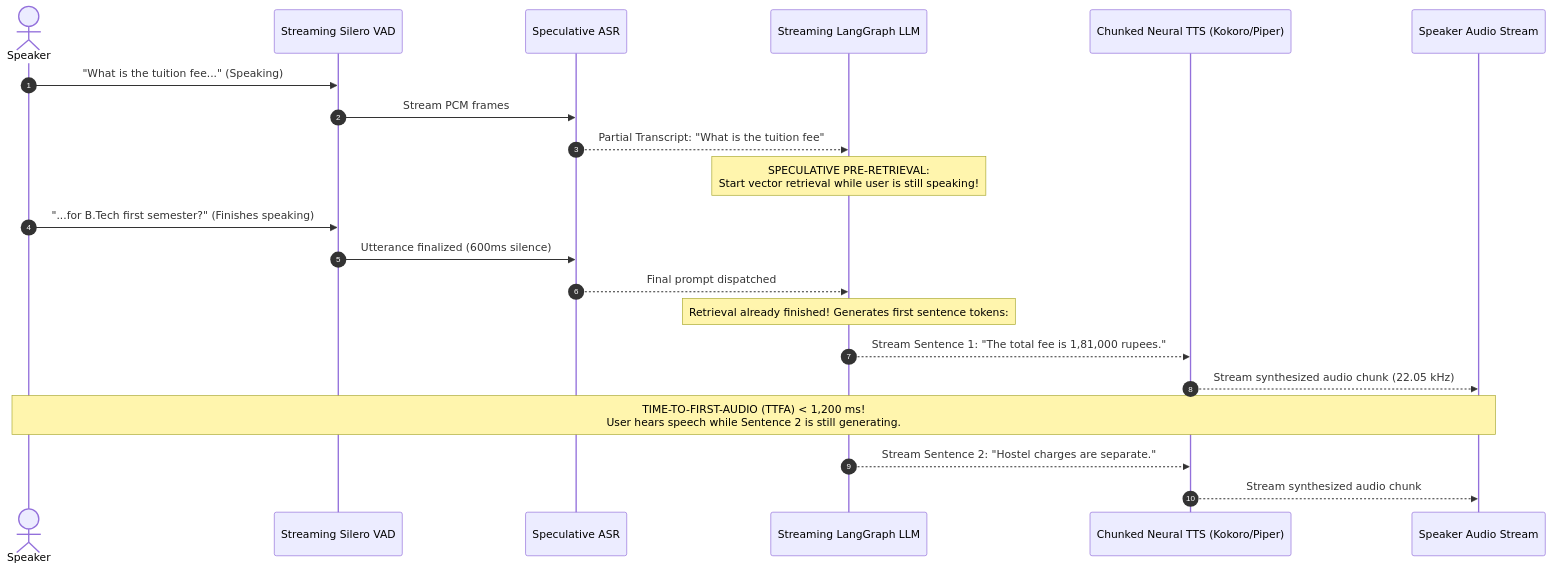
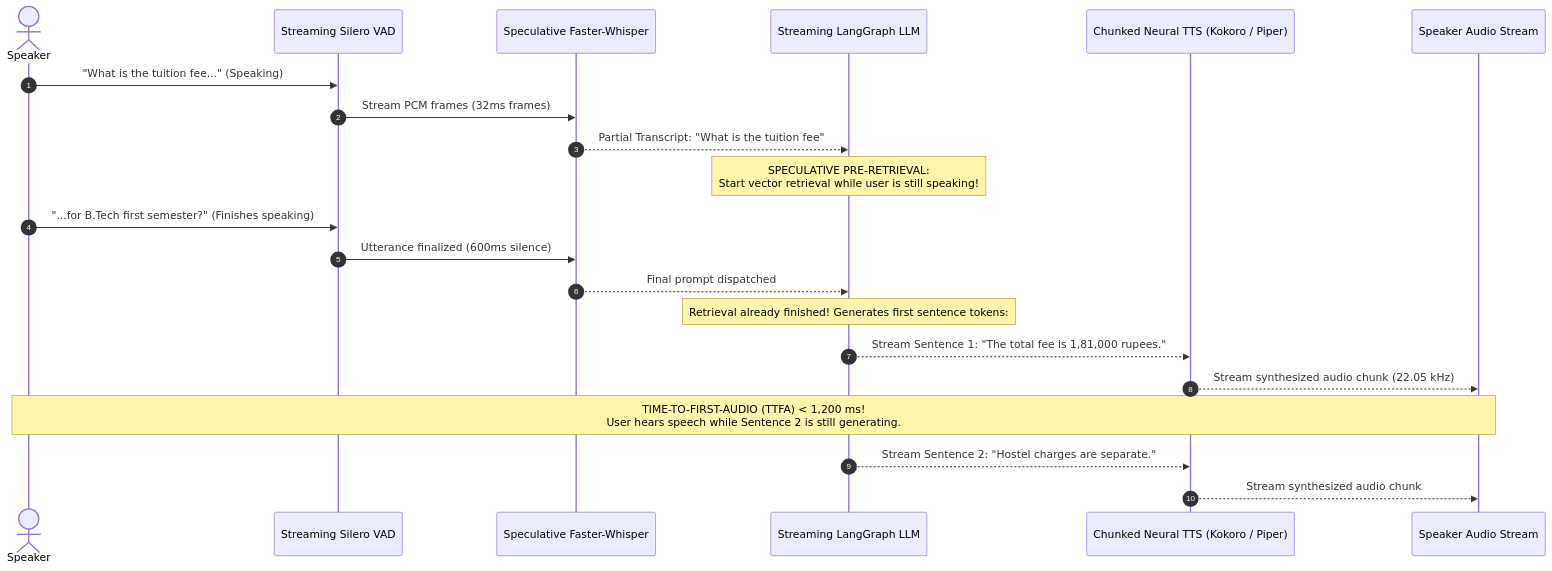
The second of 2 diagrams in idea/presentation/minor/04_STRATEGIC_ROADMAP_AND_EFFICIENCY_ENHANCEMENTS.md (Punyansh26/minorprojectsem5), drawn with Mermaid before and after one commit. The commit also changed other lines of this file and 18 other files, not shown here.

````diff
--- a/idea/presentation/minor/04_STRATEGIC_ROADMAP_AND_EFFICIENCY_ENHANCEMENTS.md
+++ b/idea/presentation/minor/04_STRATEGIC_ROADMAP_AND_EFFICIENCY_ENHANCEMENTS.md
@@ -132,24 +137,24 @@
 ```mermaid
 sequenceDiagram
     autonumber
     actor User as Speaker
     participant VAD as Streaming Silero VAD
-    participant ASR as Speculative ASR
+    participant ASR as Speculative Faster-Whisper
     participant RAG as Streaming LangGraph LLM
-    participant TTS as Chunked Neural TTS (Kokoro/Piper)
+    participant TTS as Chunked Neural TTS (Kokoro / Piper)
     participant Audio as Speaker Audio Stream
 
     User->>VAD: "What is the tuition fee..." (Speaking)
-    VAD->>ASR: Stream PCM frames
+    VAD->>ASR: Stream PCM frames (32ms frames)
     ASR-->>RAG: Partial Transcript: "What is the tuition fee"
     Note over RAG: SPECULATIVE PRE-RETRIEVAL:<br/>Start vector retrieval while user is still speaking!
     User->>VAD: "...for B.Tech first semester?" (Finishes speaking)
     VAD->>ASR: Utterance finalized (600ms silence)
     ASR-->>RAG: Final prompt dispatched
     Note over RAG: Retrieval already finished! Generates first sentence tokens:
     RAG-->>TTS: Stream Sentence 1: "The total fee is 1,81,000 rupees."
     TTS-->>Audio: Stream synthesized audio chunk (22.05 kHz)
     Note over User,Audio: TIME-TO-FIRST-AUDIO (TTFA) < 1,200 ms!<br/>User hears speech while Sentence 2 is still generating.
     RAG-->>TTS: Stream Sentence 2: "Hostel charges are separate."
     TTS-->>Audio: Stream synthesized audio chunk
 ```
````
